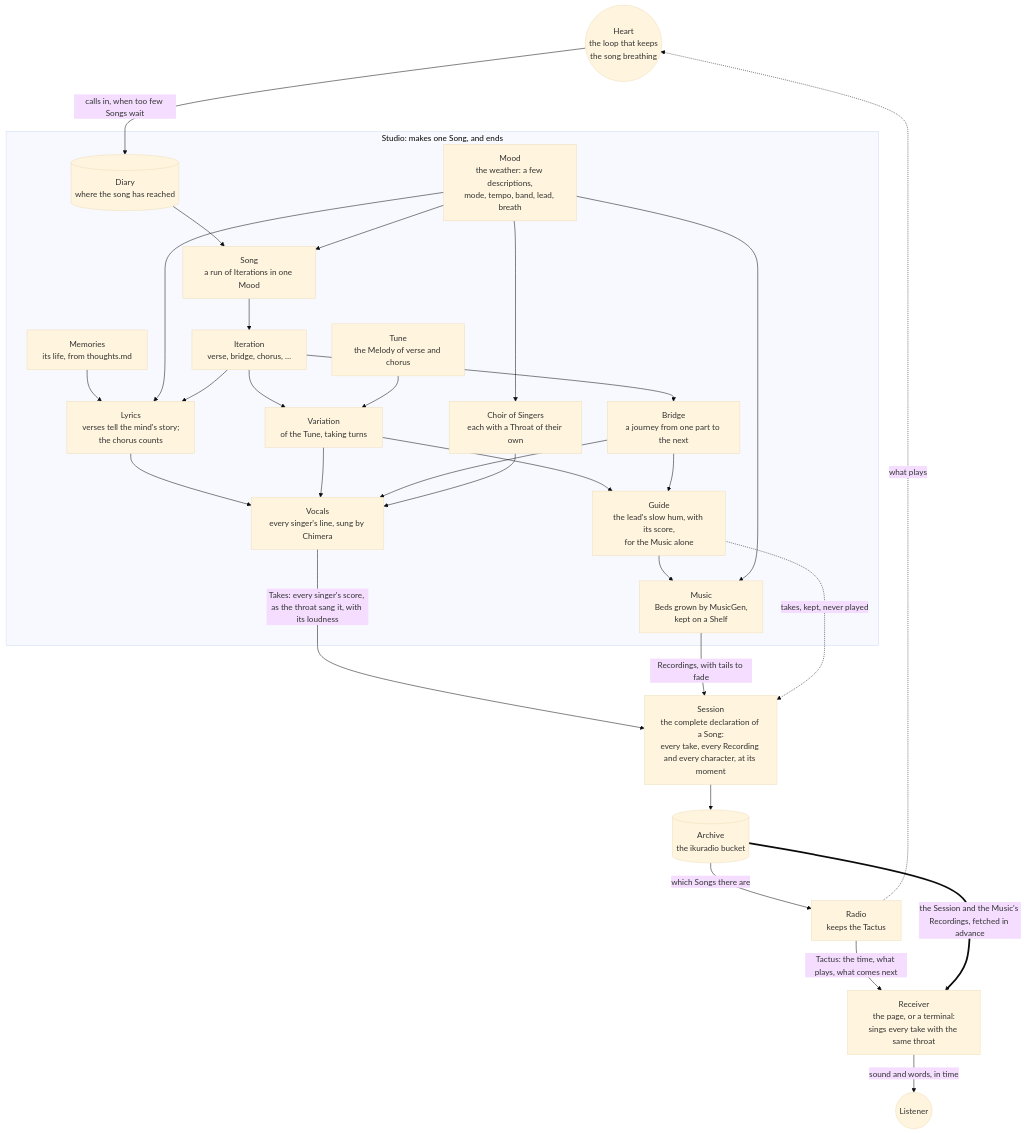
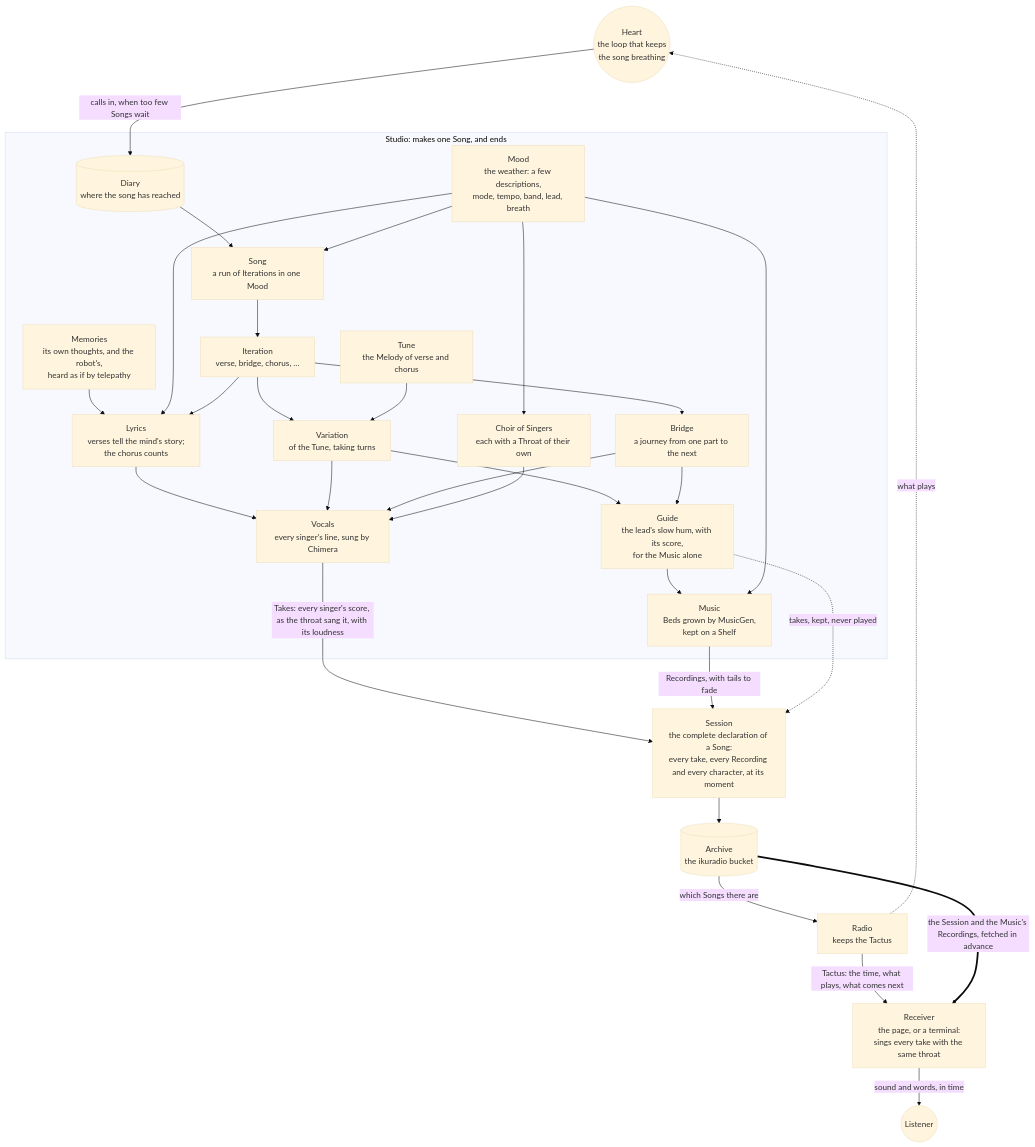
The diagram in README.md (unkhz/ikuradio), drawn with Mermaid (base theme) before and after one commit. The commit also changed other lines of this file and 16 other files, not shown here.

First line of the commit message:
Let the mind keep its own thoughts, and hear the robot's by telepathy

````diff
--- a/README.md
+++ b/README.md
@@ -23,53 +23,53 @@
 ```mermaid
 flowchart TD
   Heart(("Heart<br/>the loop that keeps<br/>the song breathing"))
   Heart -- "calls in, when too few Songs wait" --> Diary
   Radio -. "what plays" .-> Heart
 
   subgraph Studio["Studio: makes one Song, and ends"]
     Diary[("Diary<br/>where the song has reached")]
-    Memories["Memories<br/>its life, from thoughts.md"]
+    Memories["Memories<br/>its own thoughts, and the robot's,<br/>heard as if by telepathy"]
     Mood["Mood<br/>the weather: a few descriptions,<br/>mode, tempo, band, lead, breath"]
     Song["Song<br/>a run of Iterations in one Mood"]
     Iteration["Iteration<br/>verse, bridge, chorus, …"]
     Variation["Variation<br/>of the Tune, taking turns"]
     Tune["Tune<br/>the Melody of verse and chorus"]
     Lyrics["Lyrics<br/>verses tell the mind's story;<br/>the chorus counts"]
     Bridge["Bridge<br/>a journey from one part to the next"]
     Choir["Choir of Singers<br/>each with a Throat of their own"]
     Vocals["Vocals<br/>every singer's line, sung by Chimera"]
     Guide["Guide<br/>the lead's slow hum, with its score,<br/>for the Music alone"]
     Music["Music<br/>Beds grown by MusicGen,<br/>kept on a Shelf"]
 
     Diary --> Song
     Mood --> Song
     Song --> Iteration
     Iteration --> Variation
     Tune --> Variation
     Memories --> Lyrics
     Mood --> Lyrics
     Iteration --> Lyrics
     Iteration --> Bridge
     Mood --> Choir
     Lyrics --> Vocals
     Variation --> Vocals
     Bridge --> Vocals
     Choir --> Vocals
     Variation --> Guide
     Bridge --> Guide
     Guide --> Music
     Mood --> Music
   end
 
   Vocals -- "Takes: every singer's score, as the throat sang it, with its loudness" --> Session
   Music -- "Recordings, with tails to fade" --> Session
   Guide -. "takes, kept, never played" .-> Session
 
   Session["Session<br/>the complete declaration of a Song:<br/>every take, every Recording and every character, at its moment"]
   Session --> Archive[("Archive<br/>the ikuradio bucket")]
 
   Archive -- "which Songs there are" --> Radio["Radio<br/>keeps the Tactus"]
   Radio -- "Tactus: the time, what plays, what comes next" --> Receiver
   Archive == "the Session and the Music's Recordings, fetched in advance" ==> Receiver
   Receiver["Receiver<br/>the page, or a terminal:<br/>sings every take with the same throat"] -- "sound and words, in time" --> Listener(("Listener"))
 ```
````
